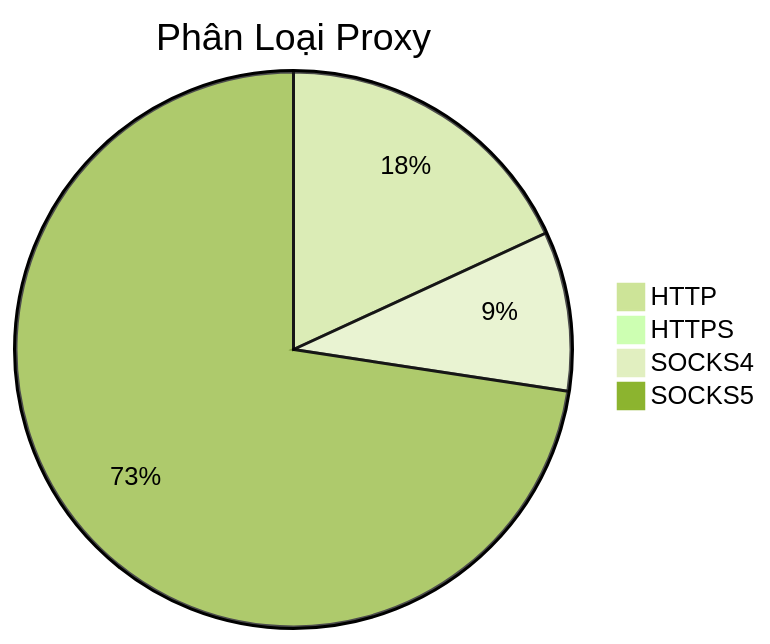
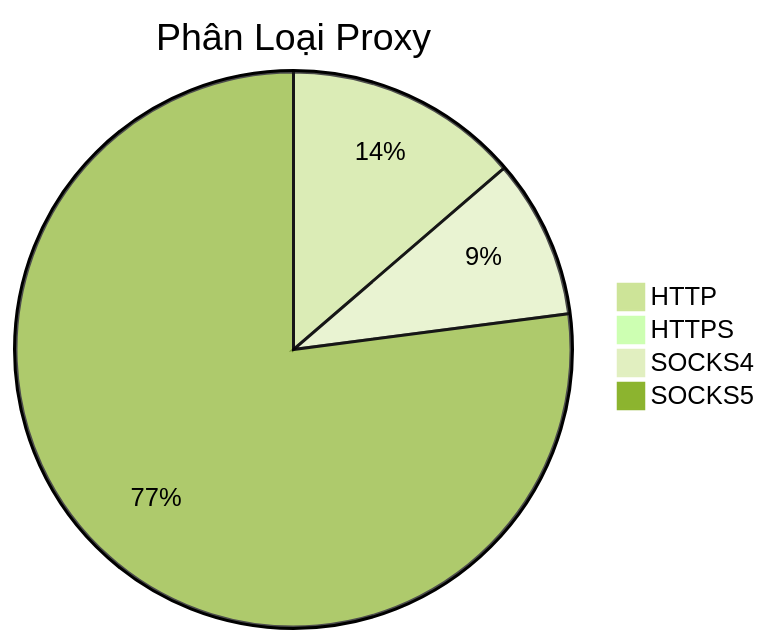
The diagram in README.md (Ciara-Aa/PROXY-free), drawn with Mermaid (forest theme) before and after one commit. The commit also changed other lines of this file and 4 other files, not shown here.

````diff
--- a/README.md
+++ b/README.md
@@ -26,7 +26,7 @@
 ```mermaid
 pie title Phân Loại Proxy
-    "HTTP" : 488
-    "HTTPS" : 3
-    "SOCKS4" : 250
-    "SOCKS5" : 1955
+    "HTTP" : 393
+    "HTTPS" : 6
+    "SOCKS4" : 266
+    "SOCKS5" : 2213
 ```
````
